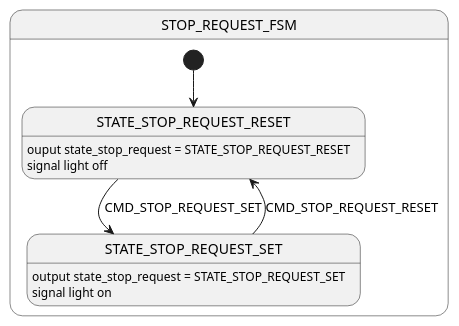
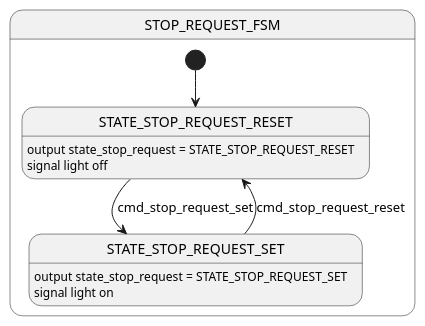
One commit to paetzholdt/CANRepo changed the diagram in docs/models/state_machines/node-door-controller/stop_request_fsm.puml. Above: the diagram before and after it, drawn with PlantUML. The commit also changed 7 other files, not shown here.

```diff
--- a/docs/models/state_machines/node-door-controller/stop_request_fsm.puml
+++ b/docs/models/state_machines/node-door-controller/stop_request_fsm.puml
@@ -1,23 +1,23 @@
 @startuml stop_request_fsm
 
 
 
 
 state STOP_REQUEST_FSM {
     [*] --> STATE_STOP_REQUEST_RESET
     state STATE_STOP_REQUEST_RESET
     state STATE_STOP_REQUEST_SET
 
-    STATE_STOP_REQUEST_RESET: ouput state_stop_request = STATE_STOP_REQUEST_RESET 
+    STATE_STOP_REQUEST_RESET: output state_stop_request = STATE_STOP_REQUEST_RESET 
     STATE_STOP_REQUEST_RESET: signal light off
 
     STATE_STOP_REQUEST_SET: output state_stop_request = STATE_STOP_REQUEST_SET
     STATE_STOP_REQUEST_SET: signal light on
 
 
-    STATE_STOP_REQUEST_RESET --> STATE_STOP_REQUEST_SET : CMD_STOP_REQUEST_SET
-    STATE_STOP_REQUEST_SET --> STATE_STOP_REQUEST_RESET : CMD_STOP_REQUEST_RESET
+    STATE_STOP_REQUEST_RESET --> STATE_STOP_REQUEST_SET : cmd_stop_request_set
+    STATE_STOP_REQUEST_SET --> STATE_STOP_REQUEST_RESET : cmd_stop_request_reset
 }
 
 
 @enduml
```
